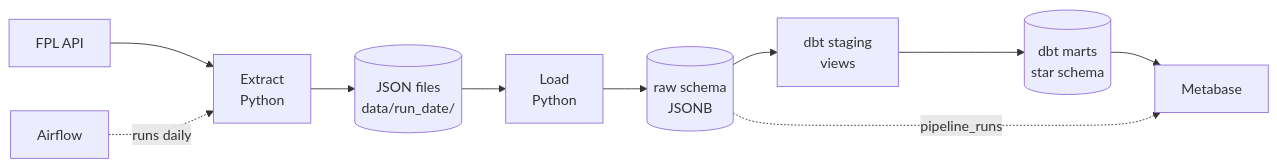
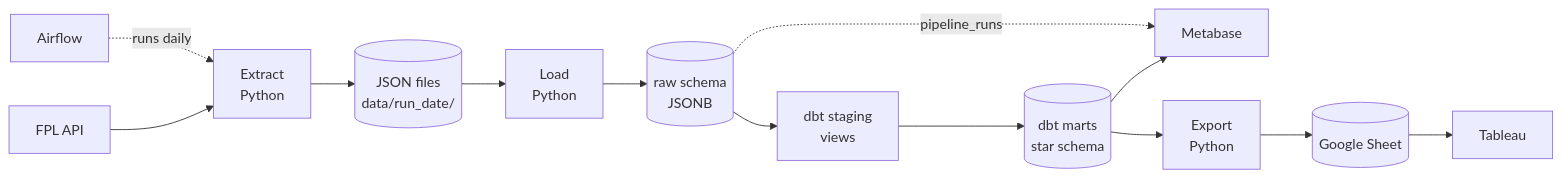
One commit to yutsz1203/fpl-data-pipeline changed the first of 3 diagrams in README.md. Above: the diagram before and after it, drawn with Mermaid. The commit also changed other lines of this file and 12 other files, not shown here.

Commit message:
feat: export to Google Sheets, publish on Tableau Public

````diff
--- a/README.md
+++ b/README.md
@@ -17,12 +21,13 @@
 ```mermaid
 flowchart LR
     api[FPL API] --> extract[Extract<br/>Python]
     extract --> files[(JSON files<br/>data/run_date/)]
     files --> load[Load<br/>Python]
     load --> raw[(raw schema<br/>JSONB)]
     raw --> staging[dbt staging<br/>views]
     staging --> marts[(dbt marts<br/>star schema)]
     marts --> metabase[Metabase]
+    marts --> export[Export<br/>Python] --> sheet[(Google Sheet)] --> tableau[Tableau]
     raw -. pipeline_runs .-> metabase
     airflow[Airflow] -. runs daily .-> extract
 ```
````
